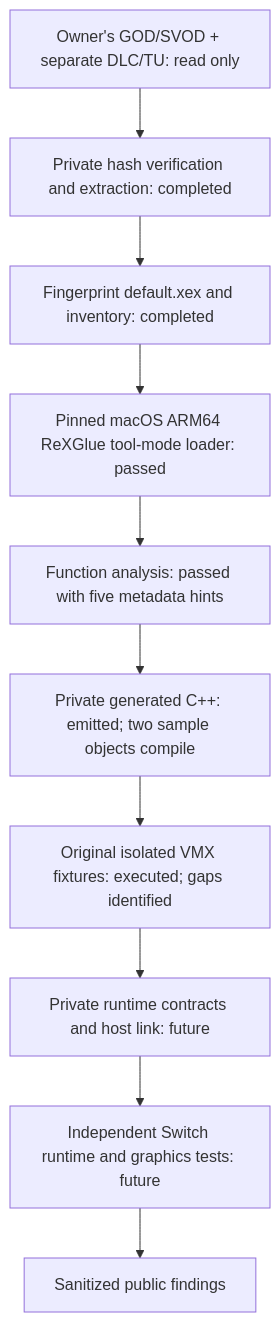
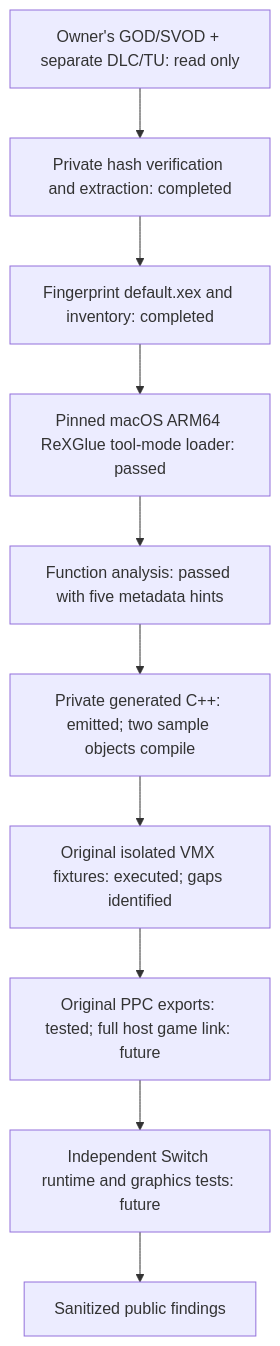
The diagram in docs/architecture.md (Wilwous/brutal-legend-nx), drawn with Mermaid before and after one commit. The commit also changed other lines of this file and 20 other files, not shown here.

Commit message:
test: validate PPC execution and host faults

````diff
--- a/docs/architecture.md
+++ b/docs/architecture.md
@@ -5,12 +5,12 @@
 ```mermaid
 flowchart TD
   A[Owner's GOD/SVOD + separate DLC/TU: read only] --> B[Private hash verification and extraction: completed]
   B --> C[Fingerprint default.xex and inventory: completed]
   C --> D[Pinned macOS ARM64 ReXGlue tool-mode loader: passed]
   D --> E[Function analysis: passed with five metadata hints]
   E --> F[Private generated C++: emitted; two sample objects compile]
   F --> T[Original isolated VMX fixtures: executed; gaps identified]
-  T --> G[Private runtime contracts and host link: future]
+  T --> G[Original PPC exports: tested; full host game link: future]
   G --> H[Independent Switch runtime and graphics tests: future]
   H --> I[Sanitized public findings]
 ```
````
